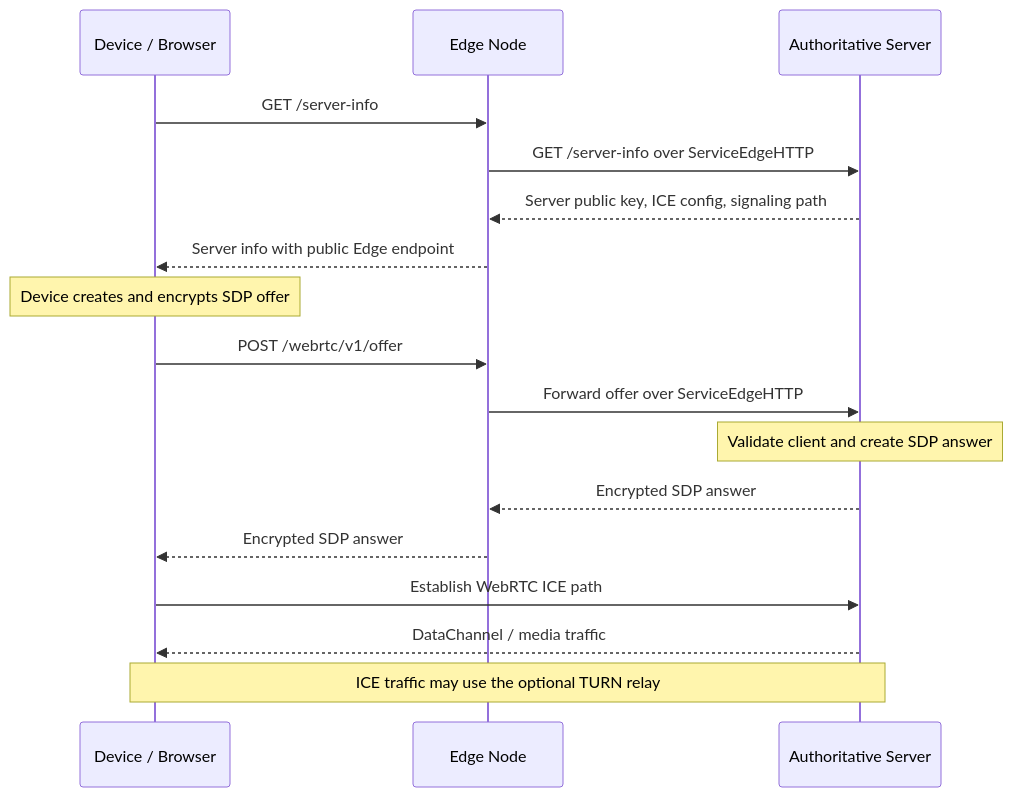
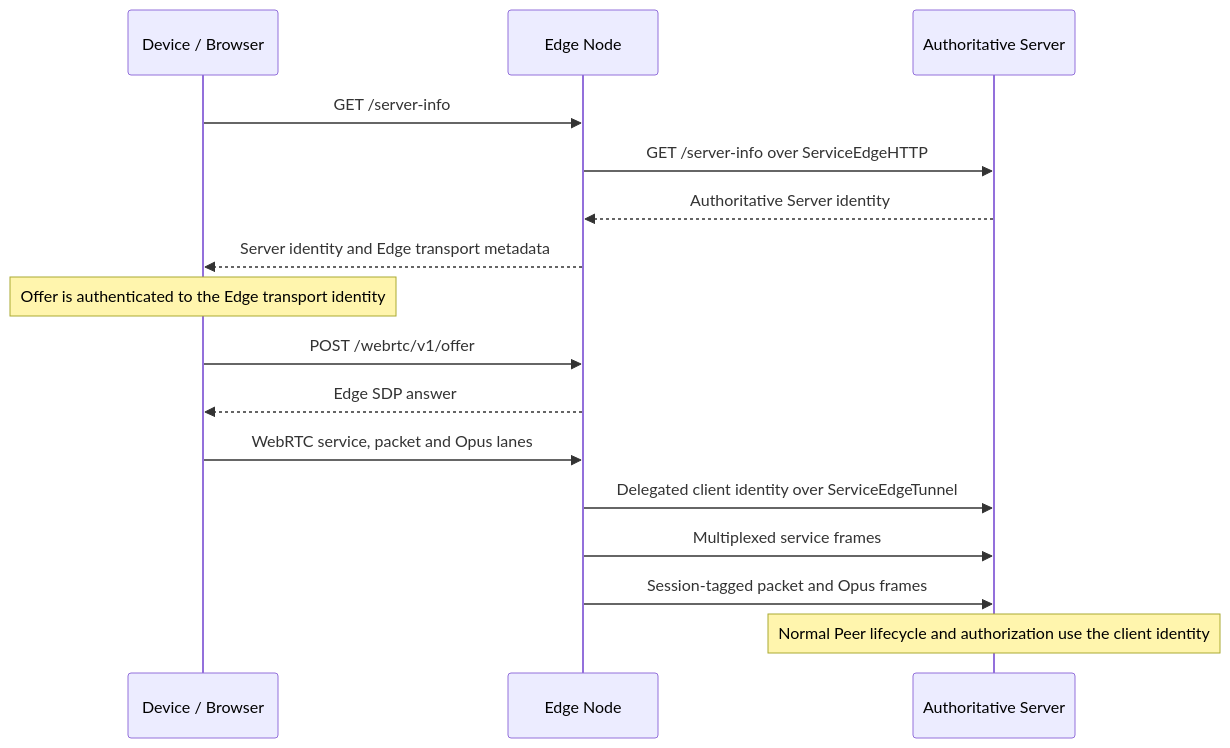
Before and after one commit to GizClaw/gizclaw: the first of 2 diagrams in guides/zh/developing/gizedge.md, drawn with Mermaid. The commit also changed other lines of this file and 52 other files, not shown here.

````diff
--- a/guides/zh/developing/gizedge.md
+++ b/guides/zh/developing/gizedge.md
@@ -24,22 +25,20 @@
 ```mermaid
 sequenceDiagram
     participant Device as Device / Browser
     participant Edge as Edge Node
     participant Server as Authoritative Server
 
     Device->>Edge: GET /server-info
     Edge->>Server: GET /server-info over ServiceEdgeHTTP
-    Server-->>Edge: Server public key, ICE config, signaling path
-    Edge-->>Device: Server info with public Edge endpoint
+    Server-->>Edge: Authoritative Server identity
+    Edge-->>Device: Server identity and Edge transport metadata
 
-    Note over Device: Device creates and encrypts SDP offer
+    Note over Device: Offer is authenticated to the Edge transport identity
     Device->>Edge: POST /webrtc/v1/offer
-    Edge->>Server: Forward offer over ServiceEdgeHTTP
-    Note over Server: Validate client and create SDP answer
-    Server-->>Edge: Encrypted SDP answer
-    Edge-->>Device: Encrypted SDP answer
-
-    Device->>Server: Establish WebRTC ICE path
-    Server-->>Device: DataChannel / media traffic
-    Note over Device,Server: ICE traffic may use the optional TURN relay
+    Edge-->>Device: Edge SDP answer
+    Device->>Edge: WebRTC service, packet and Opus lanes
+    Edge->>Server: Delegated client identity over ServiceEdgeTunnel
+    Edge->>Server: Multiplexed service frames
+    Edge->>Server: Session-tagged packet and Opus frames
+    Note over Server: Normal Peer lifecycle and authorization use the client identity
 ```
````
